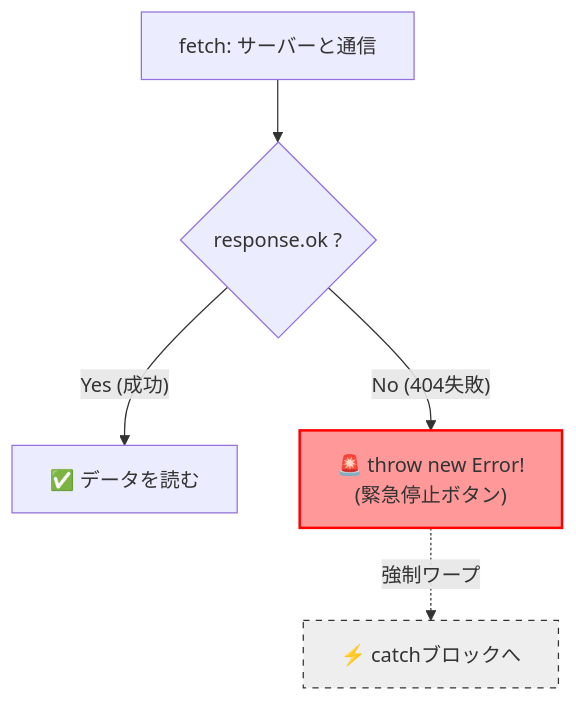
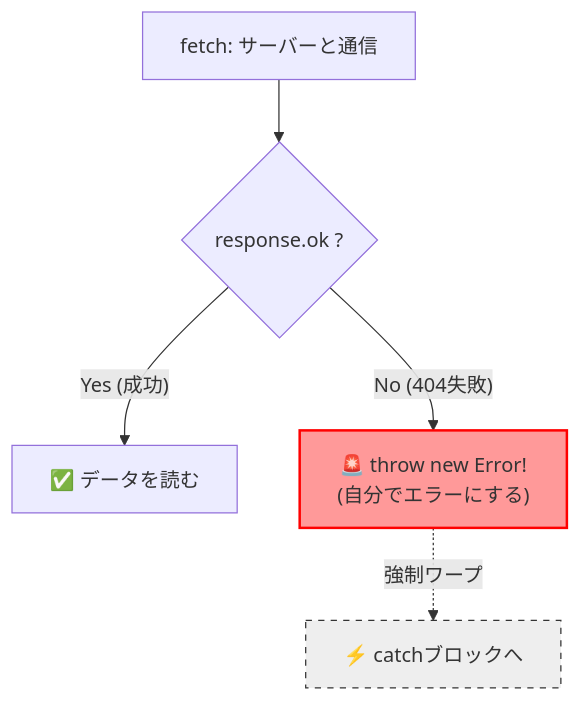
The first of 2 diagrams in D13.md (komiyamma/site_ichika_study_async_await_fetch), drawn with Mermaid before and after one commit. The commit also changed other lines of this file and 1 other file, not shown here.

````diff
--- a/D13.md
+++ b/D13.md
@@ -106,12 +111,12 @@
 ```mermaid
 flowchart TD
     Fetch[fetch: サーバーと通信] --> Check{response.ok ?}
     
     Check -- Yes (成功) --> Success[✅ データを読む]
     
-    Check -- No (404失敗) --> Throw["🚨 throw new Error!<br>(緊急停止ボタン)"]
+    Check -- No (404失敗) --> Throw["🚨 throw new Error!<br>(自分でエラーにする)"]
     Throw -.->|強制ワープ| Catch[⚡ catchブロックへ]
     
     style Throw fill:#f99,stroke:#f00,stroke-width:2px
     style Catch fill:#eee,stroke:#333,stroke-dasharray: 5 5
 ```
````
